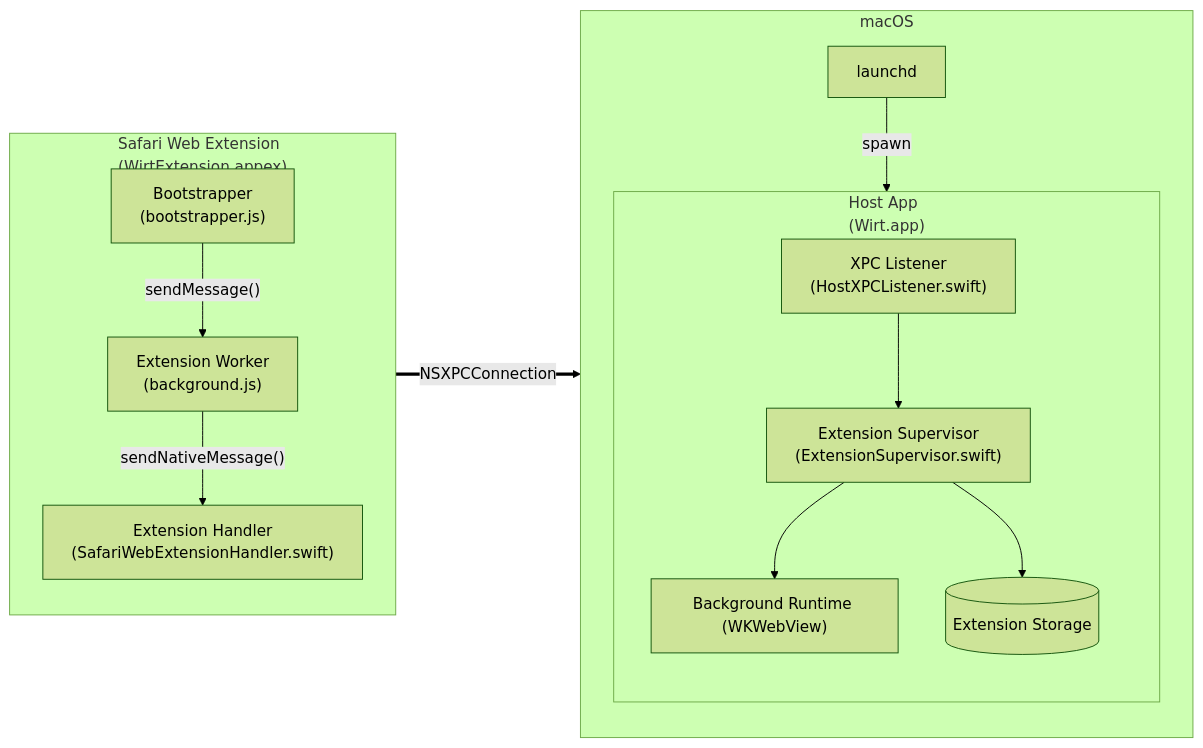
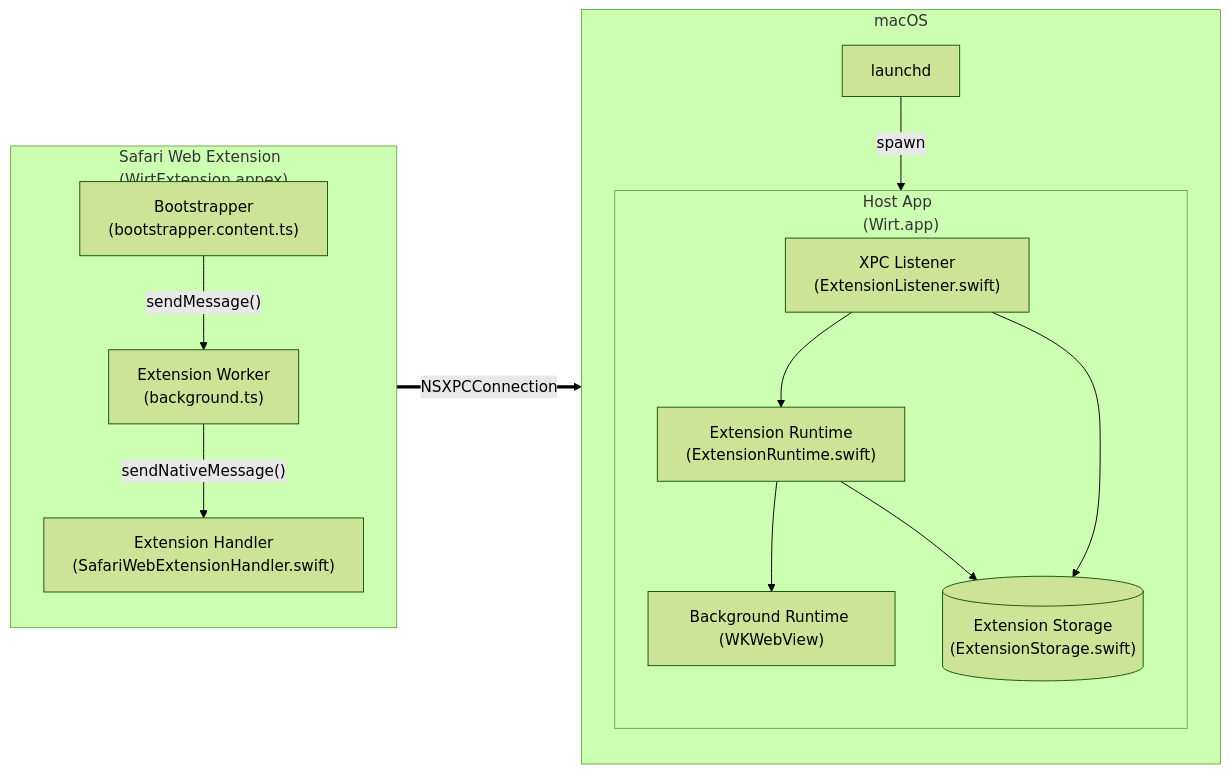
One commit to easonwong-de/Wirt changed the first of 7 diagrams in docs/architecture.md. Above: the diagram before and after it, drawn with Mermaid (forest theme). The commit also changed other lines of this file and 2 other files, not shown here.

Commit message:
docs: update system architecture and contributing guide

````diff
--- a/docs/architecture.md
+++ b/docs/architecture.md
@@ -9,29 +9,30 @@
 ```mermaid
 flowchart LR
     subgraph Safari["Safari Web Extension<br/>(WirtExtension.appex)"]
         direction TB
-        Boot["Bootstrapper<br/>(bootstrapper.js)"]
-        Worker["Extension Worker<br/>(background.js)"]
+        Boot["Bootstrapper<br/>(bootstrapper.content.ts)"]
+        Worker["Extension Worker<br/>(background.ts)"]
         Handler["Extension Handler<br/>(SafariWebExtensionHandler.swift)"]
         Boot -->|"sendMessage()"| Worker
         Worker -->|"sendNativeMessage()"| Handler
     end
 
     subgraph MacOS["macOS"]
         direction TB
         Launchd["launchd"]
         subgraph Host["Host App<br/>(Wirt.app)"]
             direction TB
-            Listener["XPC Listener<br/>(HostXPCListener.swift)"]
-            Supervisor["Extension Supervisor<br/>(ExtensionSupervisor.swift)"]
+            Listener["XPC Listener<br/>(ExtensionListener.swift)"]
+            Supervisor["Extension Runtime<br/>(ExtensionRuntime.swift)"]
             Runtime["Background Runtime (WKWebView)"]
-            Storage[("Extension Storage")]
+            Storage[("Extension Storage<br/>(ExtensionStorage.swift)")]
             Listener --> Supervisor
             Supervisor --> Runtime
+            Listener --> Storage
             Supervisor --> Storage
         end
         Launchd -->|"spawn"| Host
     end
 
     Safari ==>|"NSXPCConnection"| MacOS
 ```
````
